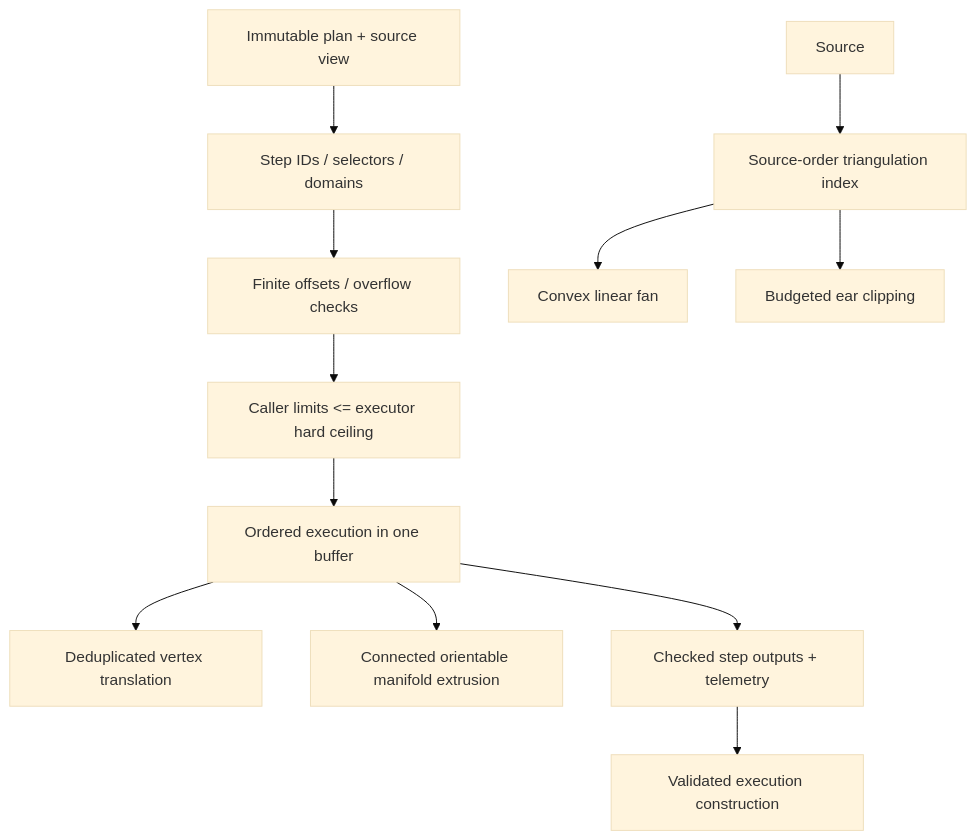
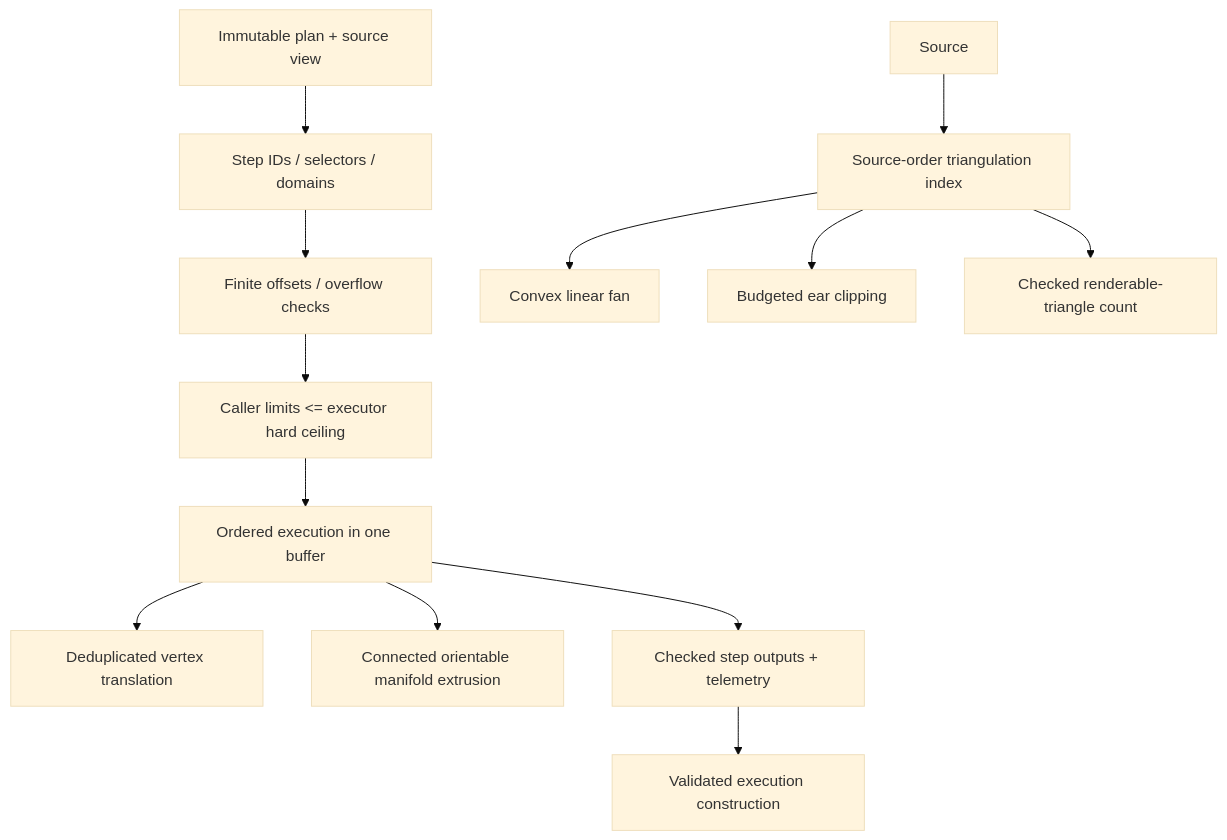
Before and after one commit to 1amageek/Rupa: the second of 3 diagrams in RupaKit/Sources/RupaGeometry/DESIGN.md, drawn with Mermaid (base theme). The commit also changed other lines of this file and 38 other files, not shown here.

````diff
--- a/RupaKit/Sources/RupaGeometry/DESIGN.md
+++ b/RupaKit/Sources/RupaGeometry/DESIGN.md
@@ -97,14 +99,15 @@
 ```mermaid
 flowchart TD
     Request["Immutable plan + source view"] --> Structural["Step IDs / selectors / domains"]
     Structural --> Numeric["Finite offsets / overflow checks"]
     Numeric --> Limits["Caller limits <= executor hard ceiling"]
     Limits --> Execute["Ordered execution in one buffer"]
     Execute --> Translate["Deduplicated vertex translation"]
     Execute --> Extrude["Connected orientable manifold extrusion"]
     Source --> Triangulation["Source-order triangulation index"]
     Triangulation --> Convex["Convex linear fan"]
     Triangulation --> Concave["Budgeted ear clipping"]
+    Triangulation --> Count["Checked renderable-triangle count"]
     Execute --> Receipt["Checked step outputs + telemetry"]
     Receipt --> Commit["Validated execution construction"]
 ```
````
